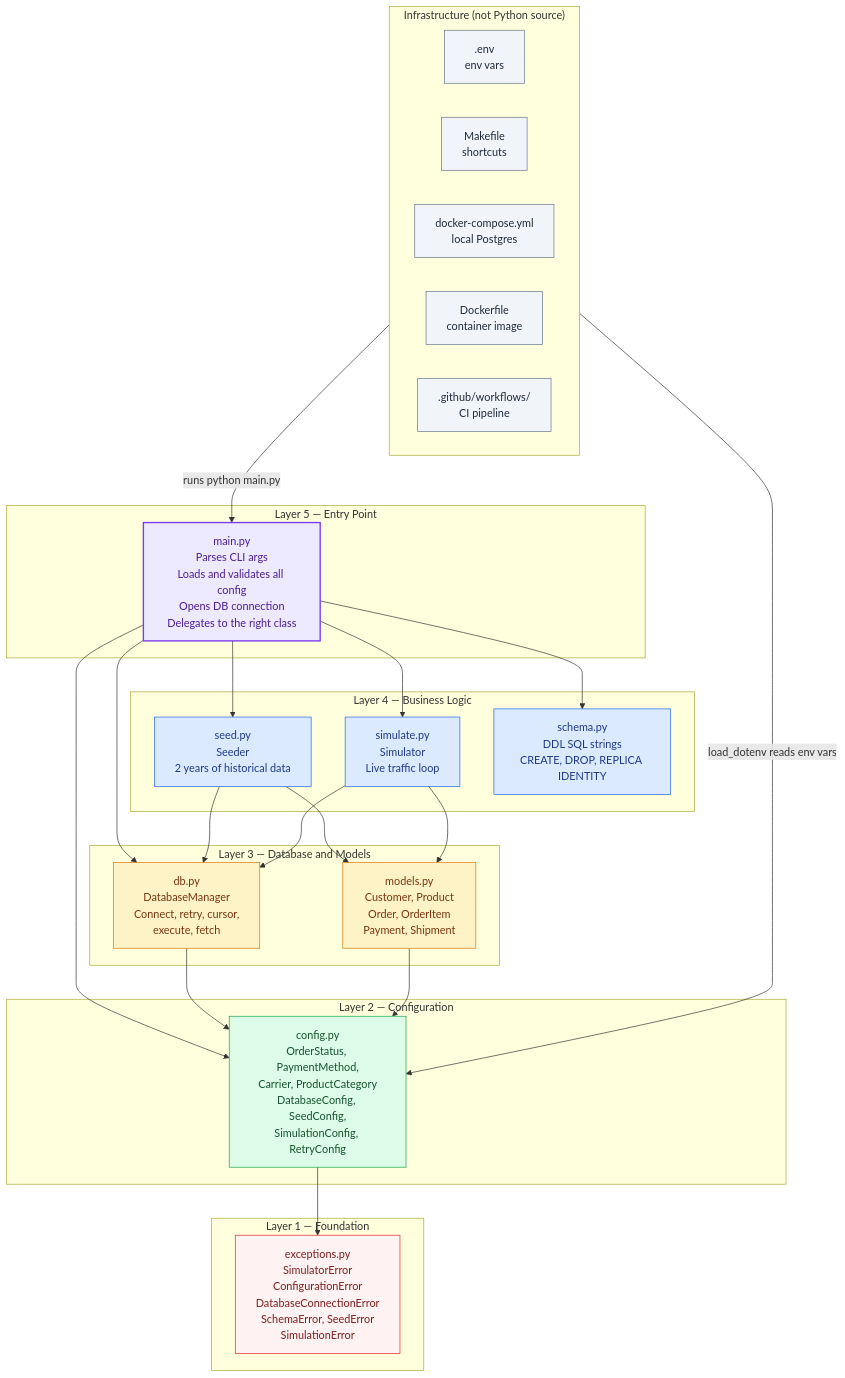
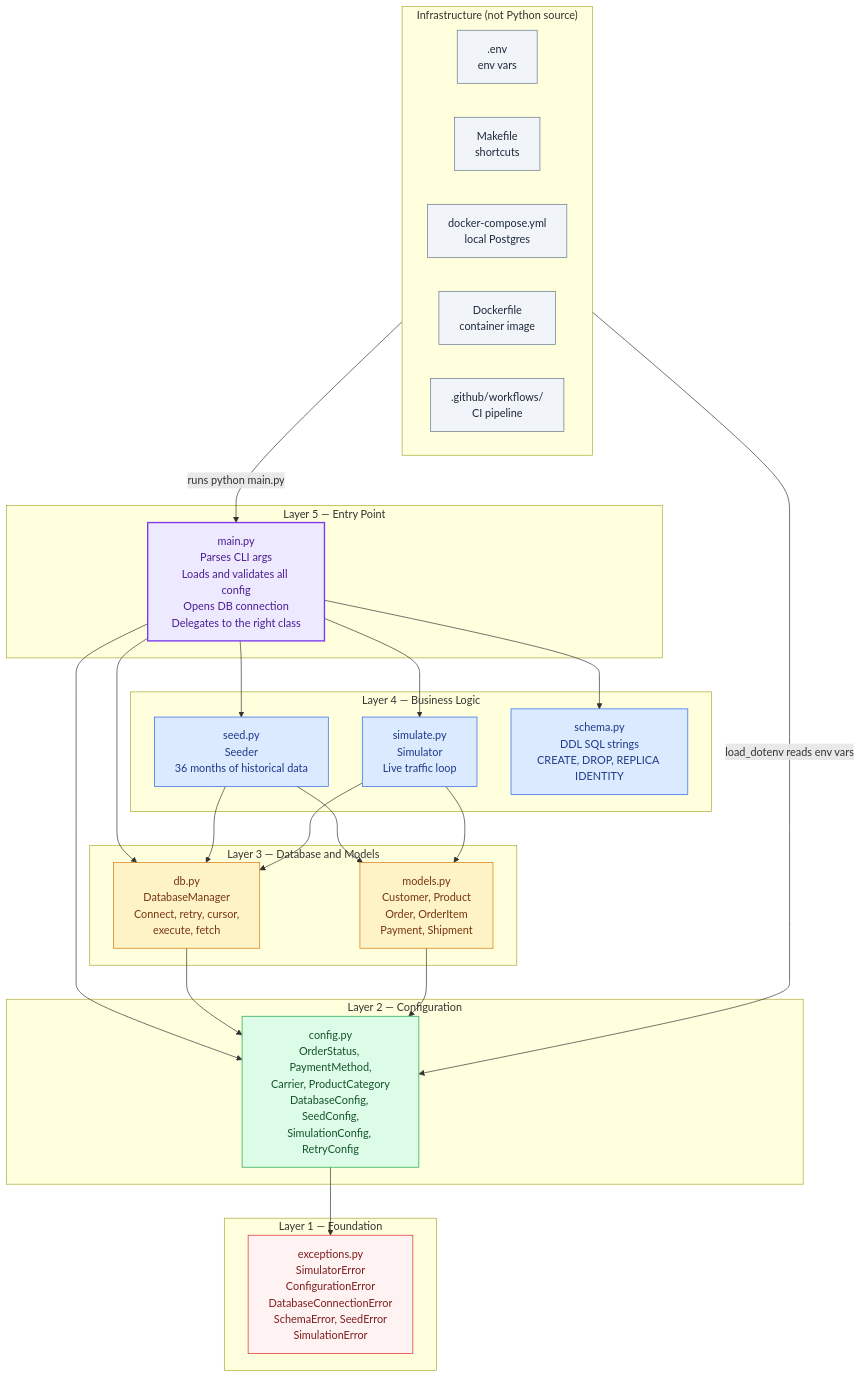
One commit to enterprise-data-platform-emeka/platform-cdc-simulator changed the ninth of 9 diagrams in README.md. Above: the diagram before and after it, drawn with Mermaid. The commit also changed other lines of this file and 9 other files, not shown here.

````diff
--- a/README.md
+++ b/README.md
@@ -790,53 +817,53 @@
 ```mermaid
 flowchart TD
     classDef infra fill:#f1f5f9,stroke:#64748b,color:#1e293b,stroke-width:1px
     classDef entry fill:#ede9fe,stroke:#7c3aed,color:#4c1d95,stroke-width:2px
     classDef logic fill:#dbeafe,stroke:#2563eb,color:#1e3a8a,stroke-width:1px
     classDef data  fill:#fef3c7,stroke:#d97706,color:#78350f,stroke-width:1px
     classDef cfg   fill:#dcfce7,stroke:#16a34a,color:#14532d,stroke-width:1px
     classDef found fill:#fef2f2,stroke:#dc2626,color:#7f1d1d,stroke-width:1px
 
     subgraph infra_g["Infrastructure (not Python source)"]
         direction LR
         E[".env\nenv vars"]:::infra
         MK["Makefile\nshortcuts"]:::infra
         DC["docker-compose.yml\nlocal Postgres"]:::infra
         DF["Dockerfile\ncontainer image"]:::infra
         CI[".github/workflows/\nCI pipeline"]:::infra
     end
 
     subgraph l5["Layer 5 — Entry Point"]
         MAIN["main.py\nParses CLI args\nLoads and validates all config\nOpens DB connection\nDelegates to the right class"]:::entry
     end
 
     subgraph l4["Layer 4 — Business Logic"]
-        SEED["seed.py\nSeeder\n2 years of historical data"]:::logic
+        SEED["seed.py\nSeeder\n36 months of historical data"]:::logic
         SIM["simulate.py\nSimulator\nLive traffic loop"]:::logic
         SCH["schema.py\nDDL SQL strings\nCREATE, DROP, REPLICA IDENTITY"]:::logic
     end
 
     subgraph l3["Layer 3 — Database and Models"]
         DB["db.py\nDatabaseManager\nConnect, retry, cursor,\nexecute, fetch"]:::data
         MOD["models.py\nCustomer, Product\nOrder, OrderItem\nPayment, Shipment"]:::data
     end
 
     subgraph l2["Layer 2 — Configuration"]
         CFG["config.py\nOrderStatus, PaymentMethod,\nCarrier, ProductCategory\nDatabaseConfig, SeedConfig,\nSimulationConfig, RetryConfig"]:::cfg
     end
 
     subgraph l1["Layer 1 — Foundation"]
         EXC["exceptions.py\nSimulatorError\nConfigurationError\nDatabaseConnectionError\nSchemaError, SeedError\nSimulationError"]:::found
     end
 
     E  -->|"load_dotenv reads env vars"| CFG
     MK -->|"runs python main.py"| MAIN
 
     MAIN --> SEED & SIM & SCH & DB & CFG
 
     SEED --> DB & MOD
     SIM  --> DB & MOD
 
     DB  --> CFG
     MOD --> CFG
     CFG --> EXC
 ```
````
